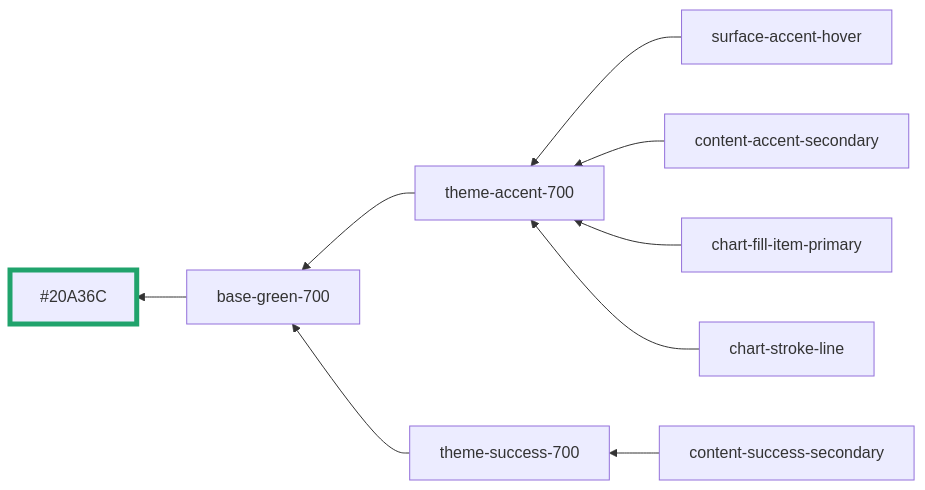
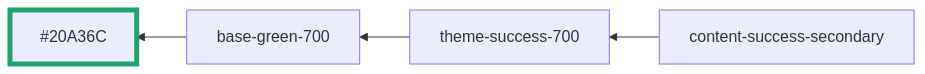
The seventh of 51 diagrams in styles/dist/red.md (oxidecomputer/design-system), drawn with Mermaid before and after one commit. The commit also changed other lines of this file and 2 other files, not shown here.

Commit message:
Fix red theme

````diff
--- a/styles/dist/red.md
+++ b/styles/dist/red.md
@@ -89,13 +73,8 @@
 ```mermaid
 graph RL
   base-green-700 --> #20A36C:::base-green-700
-  surface-accent-hover --> theme-accent-700
-  content-accent-secondary --> theme-accent-700
   content-success-secondary --> theme-success-700
-  chart-fill-item-primary --> theme-accent-700
-  chart-stroke-line --> theme-accent-700
-  theme-accent-700 --> base-green-700
   theme-success-700 --> base-green-700
 
 	classDef base-green-700 stroke-width:5,stroke:#20A36C
 ```
````
